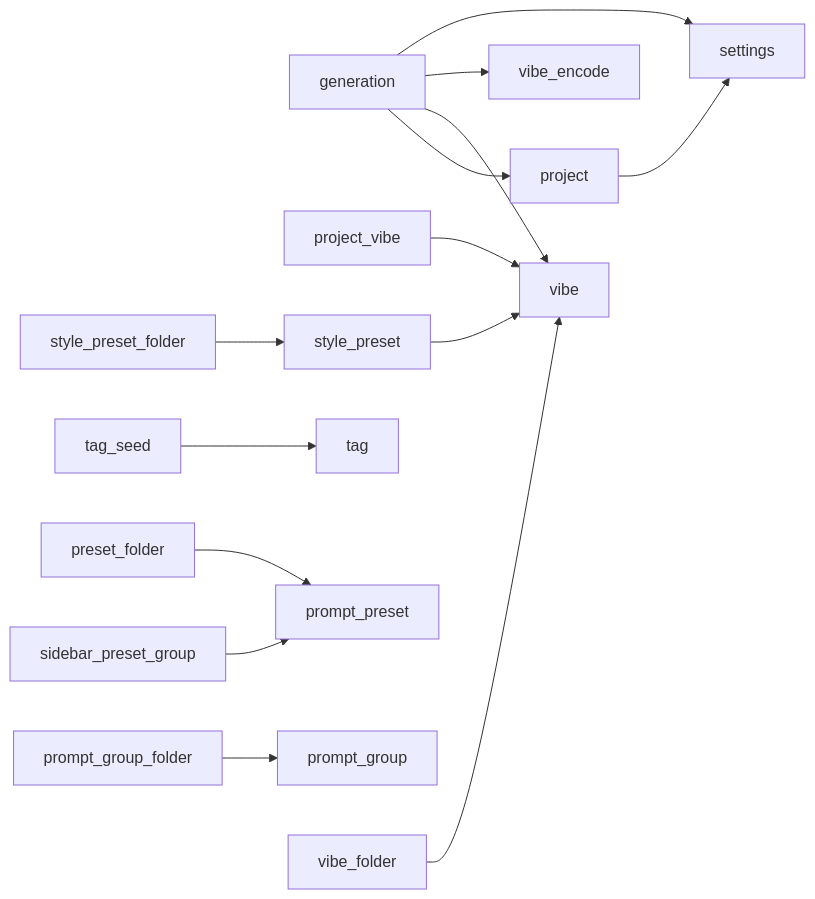
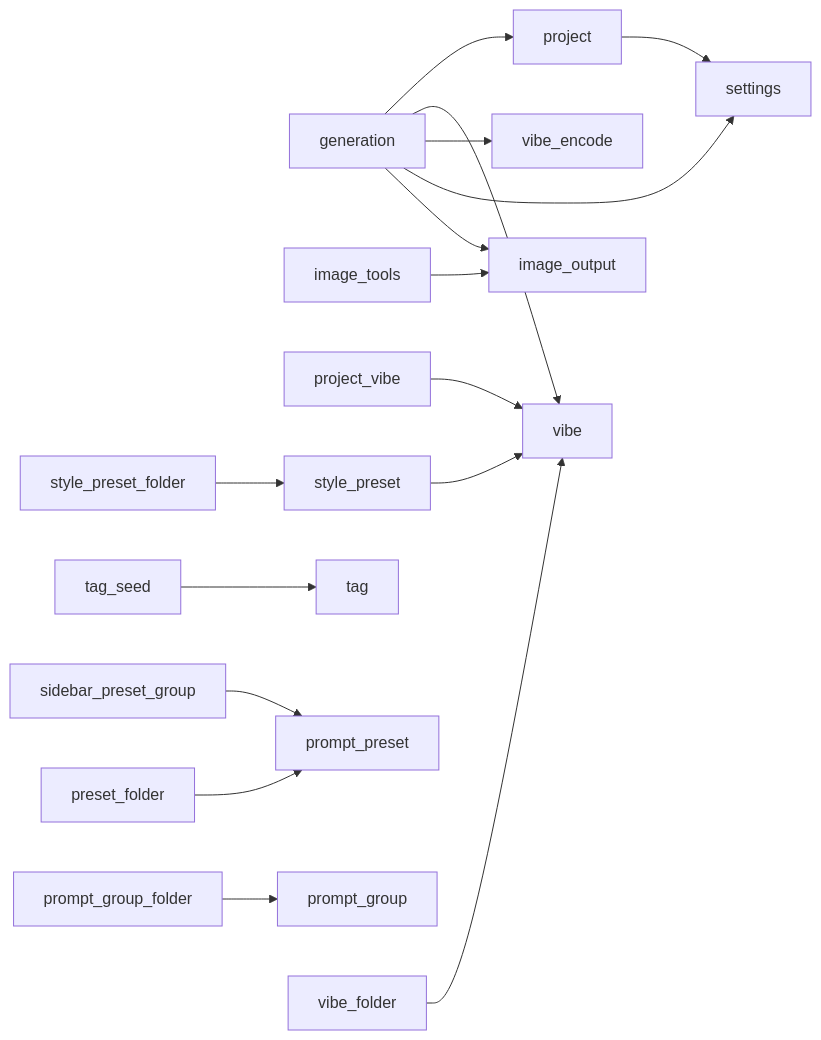
One commit to nkdk9315/NovelAI-desktop-app changed the second of 3 diagrams in docs/architecture/ARCHITECTURE.md. Above: the diagram before and after it, drawn with Mermaid. The commit also changed other lines of this file and 135 other files, not shown here.

First line of the commit message:
feat(image): Img2Img・Inpaint・Enhance・キャラクター参照・Director Tools・アップスケールを追加 (#29)

````diff
--- a/docs/architecture/ARCHITECTURE.md
+++ b/docs/architecture/ARCHITECTURE.md
@@ -177,16 +179,18 @@
 ```mermaid
 graph LR
     generation --> project
     generation --> vibe
     generation --> vibe_encode
     generation --> settings
+    generation --> image_output
+    image_tools --> image_output
     project --> settings
     project_vibe --> vibe
     style_preset --> vibe
     tag_seed --> tag
     sidebar_preset_group --> prompt_preset
     prompt_group_folder --> prompt_group
     vibe_folder --> vibe
     style_preset_folder --> style_preset
     preset_folder --> prompt_preset
 ```
````
